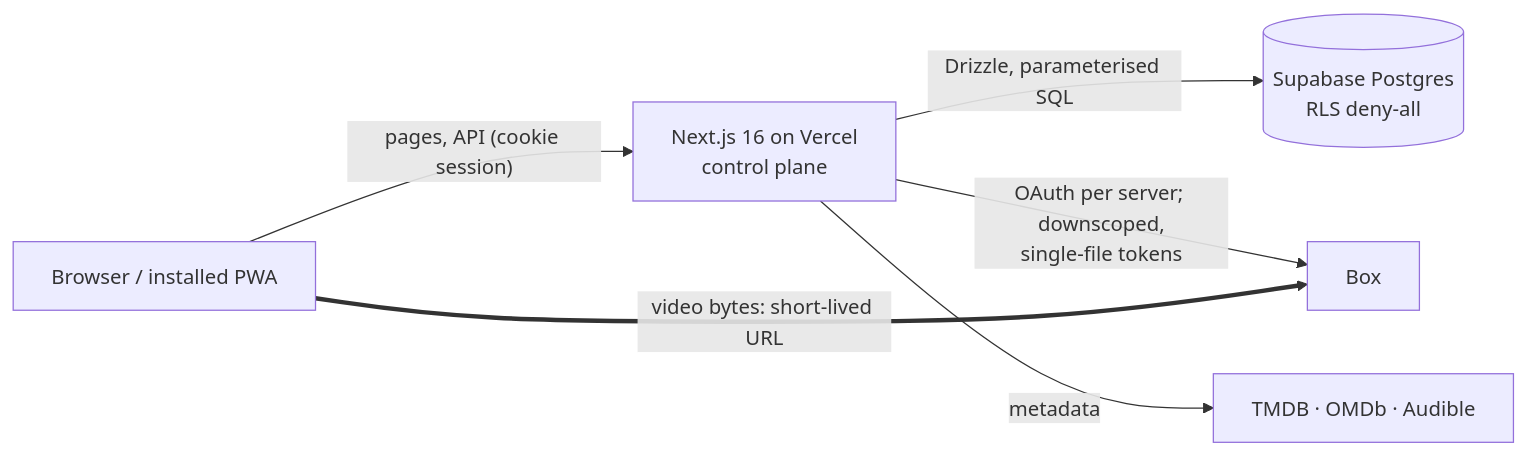
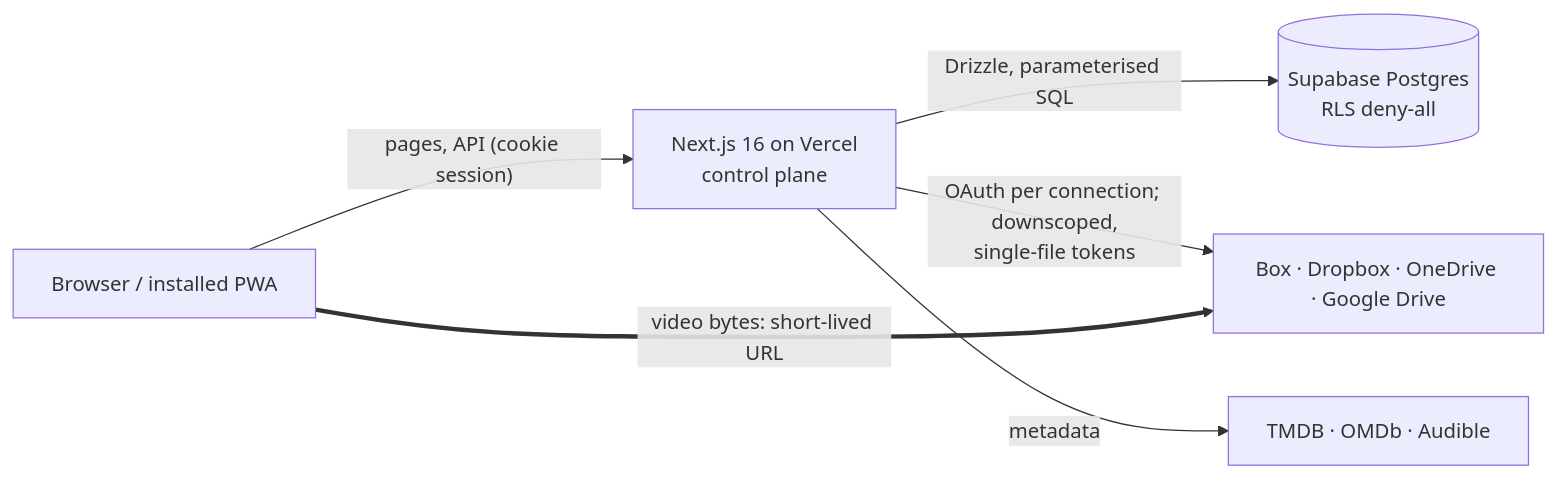
One commit to mjrinker/roam changed the diagram in README.md. Above: the diagram before and after it, drawn with Mermaid. The commit also changed other lines of this file and 1 other file, not shown here.

````diff
--- a/README.md
+++ b/README.md
@@ -64,8 +64,8 @@
 ```mermaid
 flowchart LR
   B[Browser / installed PWA] -- "pages, API (cookie session)" --> V[Next.js 16 on Vercel<br/>control plane]
   V -- "Drizzle, parameterised SQL" --> P[(Supabase Postgres<br/>RLS deny-all)]
-  V -- "OAuth per server; downscoped,<br/>single-file tokens" --> X[Box]
+  V -- "OAuth per connection; downscoped,<br/>single-file tokens" --> X[Box · Dropbox · OneDrive · Google Drive]
   V -- "metadata" --> T[TMDB · OMDb · Audible]
   B == "video bytes: short-lived URL" ==> X
 ```
````
